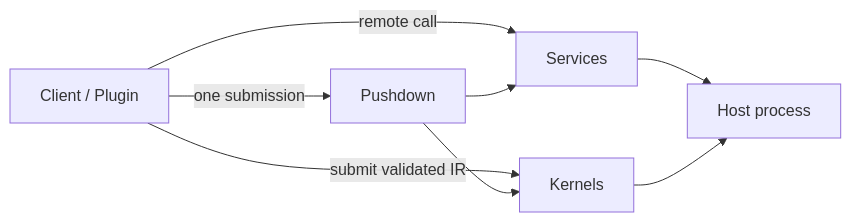
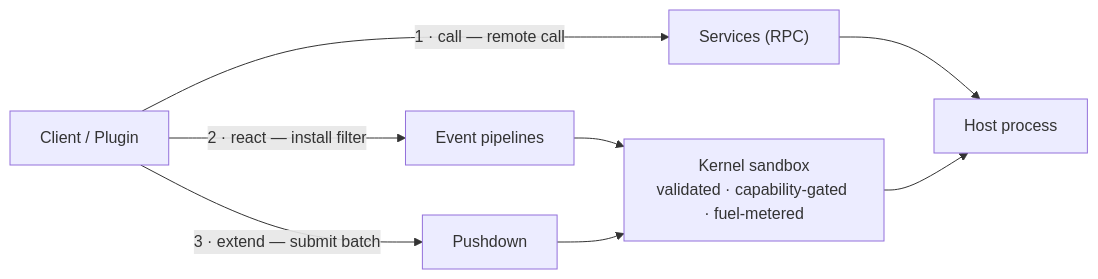
The diagram in docs-site/src/content/docs/overview.md (JKamsker/DotBoxD), drawn with Mermaid before and after one commit. The commit also changed other lines of this file and 15 other files, not shown here.

````diff
--- a/docs-site/src/content/docs/overview.md
+++ b/docs-site/src/content/docs/overview.md
@@ -19,10 +29,10 @@
 ```mermaid
 flowchart LR
-    Client["Client / Plugin"] -->|remote call| Services
-    Client -->|submit validated IR| Kernels
-    Client -->|one submission| Pushdown
+    Client["Client / Plugin"] -->|"1 · call — remote call"| Services["Services (RPC)"]
+    Client -->|"2 · react — install filter"| Events["Event pipelines"]
+    Client -->|"3 · extend — submit batch"| Pushdown["Pushdown"]
     Services --> Host["Host process"]
-    Kernels --> Host
-    Pushdown --> Kernels
-    Pushdown --> Services
+    Events --> Sandbox["Kernel sandbox<br/>validated · capability-gated · fuel-metered"]
+    Pushdown --> Sandbox
+    Sandbox --> Host
 ```
````
